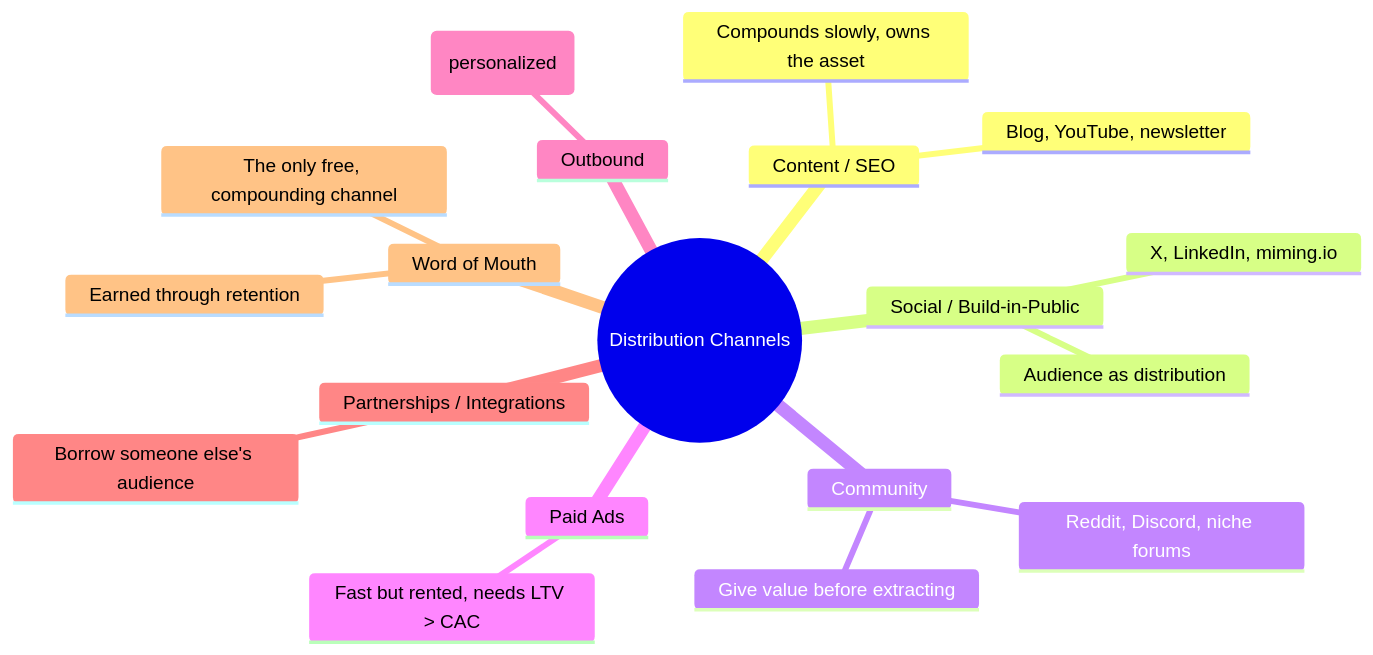
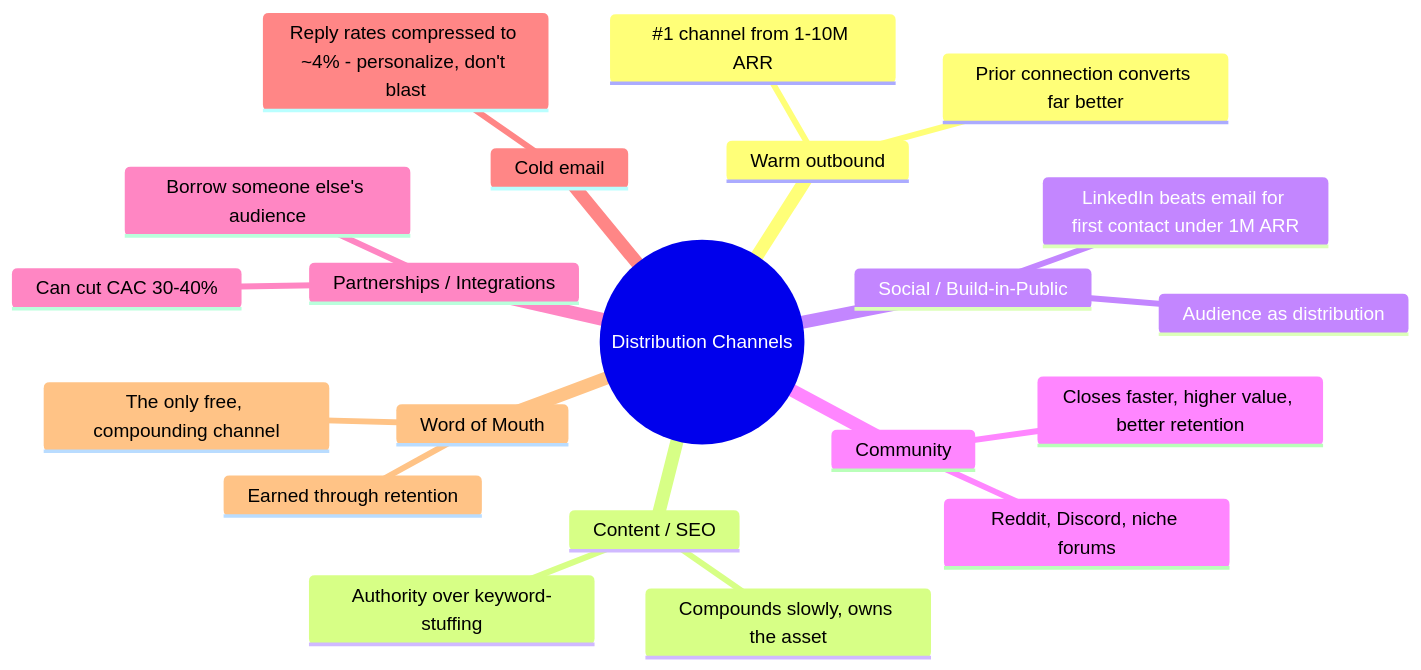
The seventh of 9 diagrams in business/startup-playbook.md (Cyvid7-Darus10/peak-self), drawn with Mermaid before and after one commit. The commit also changed other lines of this file and 2 other files, not shown here.

````diff
--- a/business/startup-playbook.md
+++ b/business/startup-playbook.md
@@ -111,22 +237,24 @@
 ```mermaid
 mindmap
   root((Distribution Channels))
+    Warm outbound
+      #1 channel from 1-10M ARR
+      Prior connection converts far better
     Content / SEO
       Compounds slowly, owns the asset
-      Blog, YouTube, newsletter
+      Authority over keyword-stuffing
     Social / Build-in-Public
       Audience as distribution
-      X, LinkedIn, miming.io
+      LinkedIn beats email for first contact under 1M ARR
     Community
       Reddit, Discord, niche forums
-      Give value before extracting
-    Paid Ads
-      Fast but rented, needs LTV > CAC
-    Outbound
-      Cold email / DM (personalized)
+      Closes faster, higher value, better retention
     Partnerships / Integrations
       Borrow someone else's audience
+      Can cut CAC 30-40%
+    Cold email
+      Reply rates compressed to ~4% - personalize, don't blast
     Word of Mouth
       The only free, compounding channel
       Earned through retention
 ```
````
